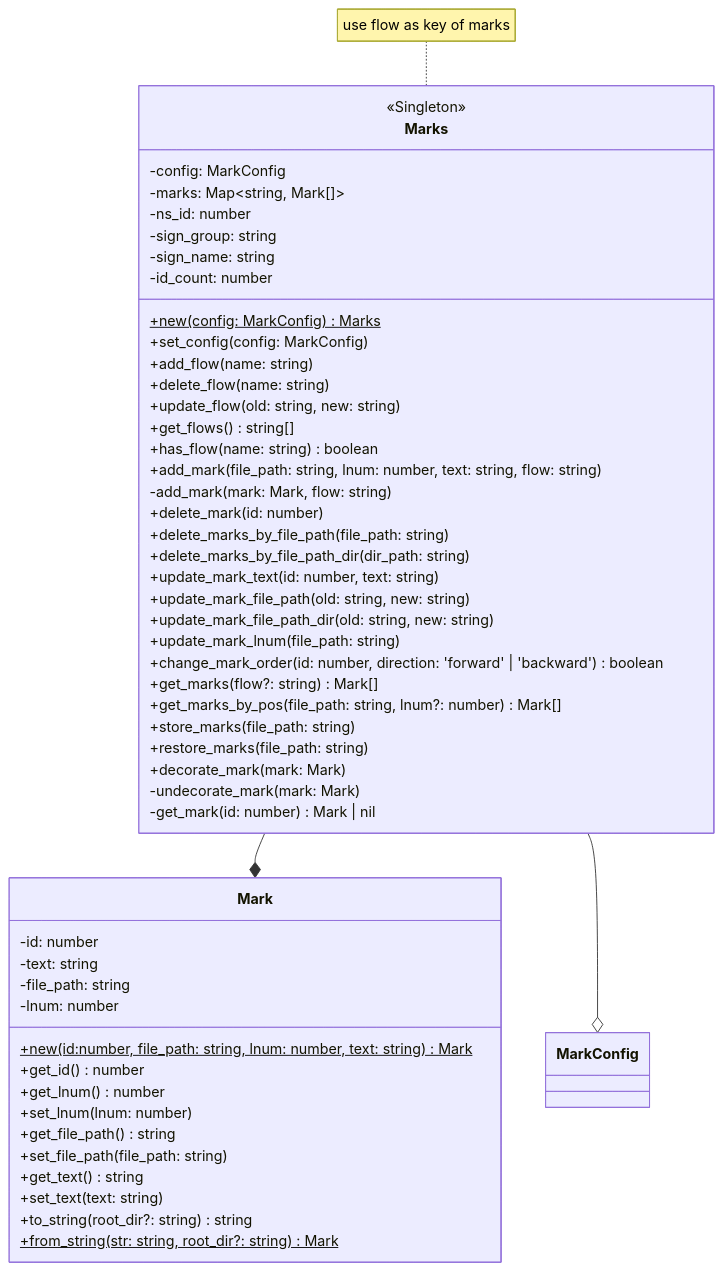
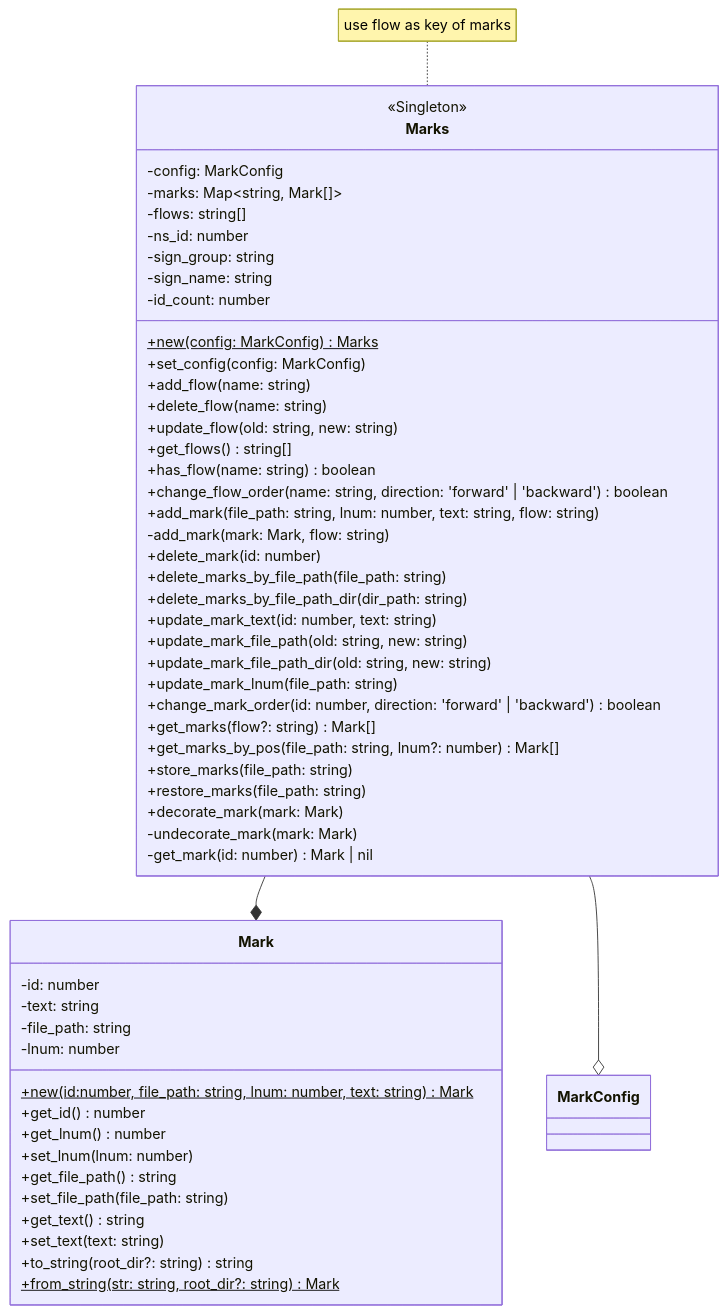
The tenth of 24 diagrams in DESIGN.md (niuiic/track.nvim), drawn with Mermaid before and after one commit. The commit also changed other lines of this file and 4 other files, not shown here.

Commit message:
feat: change flow order

````diff
--- a/DESIGN.md
+++ b/DESIGN.md
@@ -217,63 +221,65 @@
 ```mermaid
 classDiagram
     note for Marks "use flow as key of marks"
     Marks --* Mark
     Marks --o MarkConfig
     class Marks {
         <<Singleton>>
 
         -config: MarkConfig
         -marks: Map~string, Mark[]~
+        -flows: string[]
         -ns_id: number
         -sign_group: string
         -sign_name: string
         -id_count: number
 
         %% new
         +new(config: MarkConfig)$ Marks
         %% config
         +set_config(config: MarkConfig)
         %% flow
         +add_flow(name: string)
         +delete_flow(name: string)
         +update_flow(old: string, new: string)
         +get_flows() string[]
         +has_flow(name: string) boolean
+        +change_flow_order(name: string, direction: 'forward' | 'backward') boolean
         %% mark
         +add_mark(file_path: string, lnum: number, text: string, flow: string)
         -add_mark(mark: Mark, flow: string)
         +delete_mark(id: number)
         +delete_marks_by_file_path(file_path: string)
         +delete_marks_by_file_path_dir(dir_path: string)
         +update_mark_text(id: number, text: string)
         +update_mark_file_path(old: string, new: string)
         +update_mark_file_path_dir(old: string, new: string)
         +update_mark_lnum(file_path: string)
         +change_mark_order(id: number, direction: 'forward' | 'backward') boolean
         +get_marks(flow?: string) Mark[]
         +get_marks_by_pos(file_path: string, lnum?: number) Mark[]
         +store_marks(file_path: string)
         +restore_marks(file_path: string)
         +decorate_mark(mark: Mark)
         -undecorate_mark(mark: Mark)
         -get_mark(id: number) Mark | nil
     }
 
     class Mark {
         -id: number
         -text: string
         -file_path: string
         -lnum: number
 
         +new(id:number, file_path: string, lnum: number, text: string)$ Mark
         +get_id() number
         +get_lnum() number
         +set_lnum(lnum: number)
         +get_file_path() string
         +set_file_path(file_path: string)
         +get_text() string
         +set_text(text: string)
         +to_string(root_dir?: string) string
         +from_string(str: string, root_dir?: string)$ Mark
     }
 ```
````
